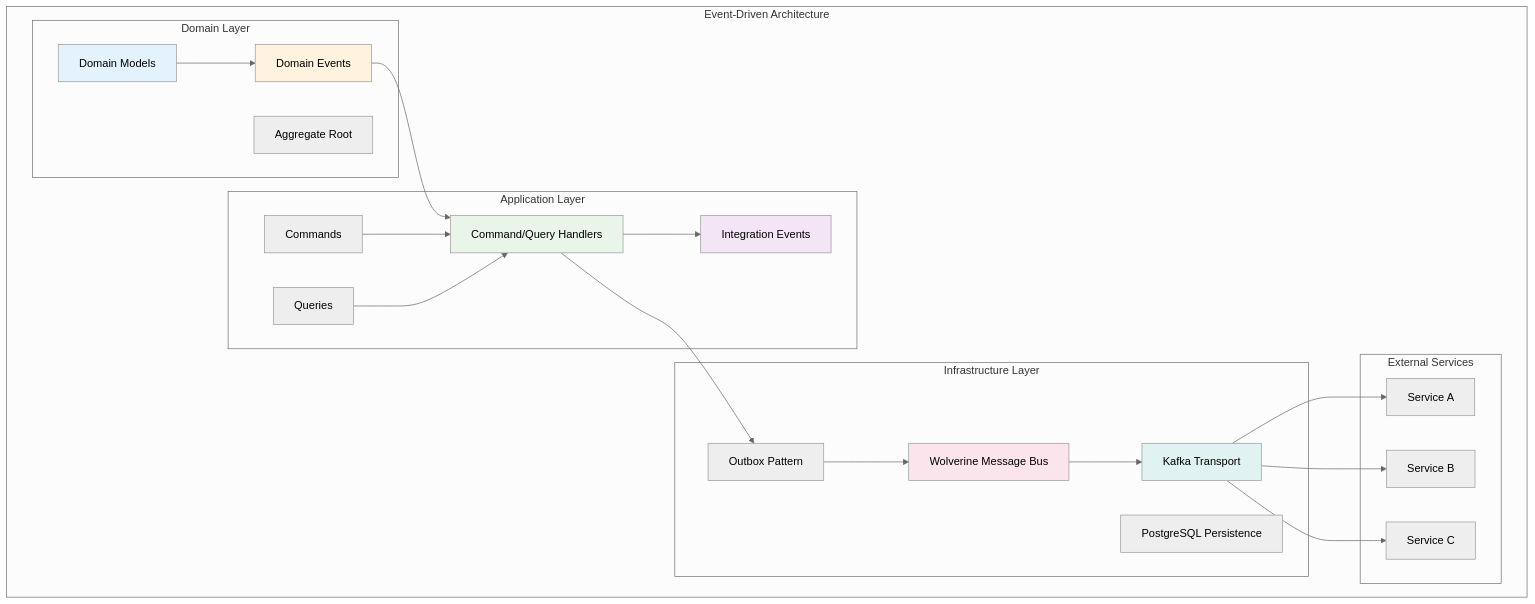
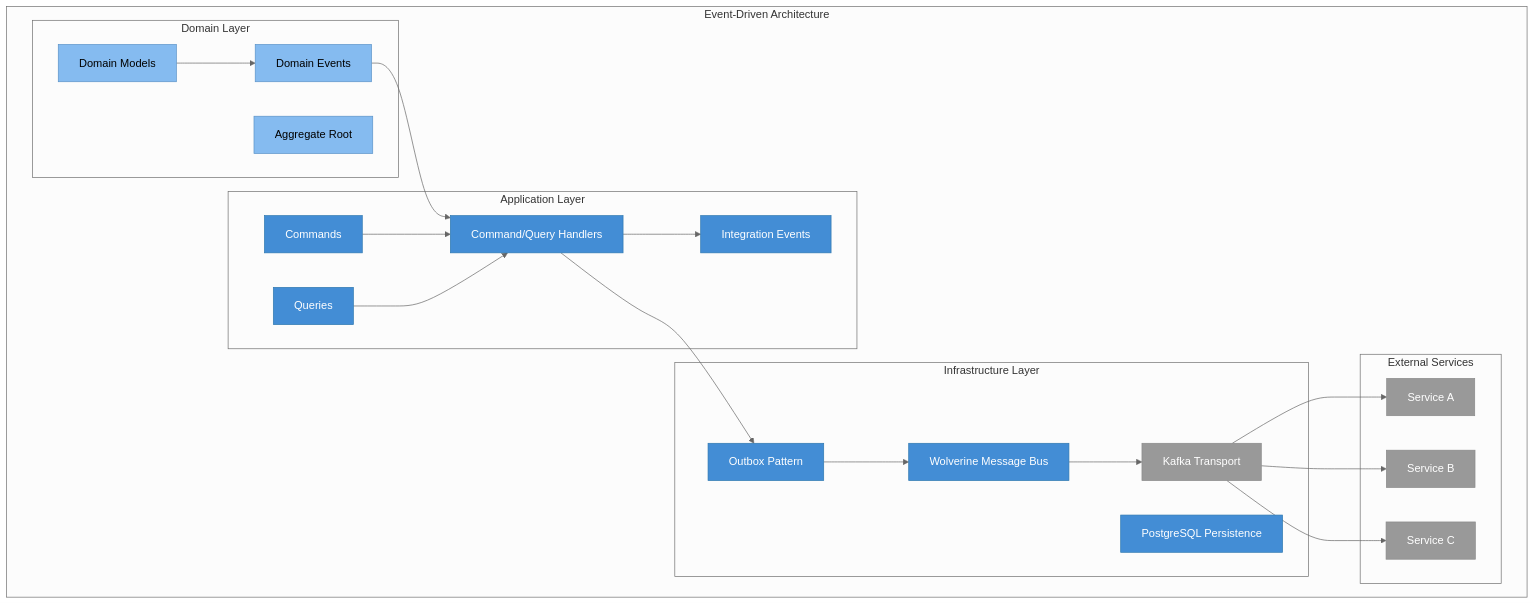
One commit to vgmello/momentum changed the first of 3 diagrams in docs/arch/eda.md. Above: the diagram before and after it, drawn with Mermaid (neutral theme). The commit also changed other lines of this file and 6 other files, not shown here.

First line of the commit message:
Add neo mermaid look and C4-style actor colors to arch diagrams

````diff
--- a/docs/arch/eda.md
+++ b/docs/arch/eda.md
@@ -15,49 +15,50 @@
 ```mermaid
 graph TB
     subgraph "Event-Driven Architecture"
         subgraph "Domain Layer"
             DOMAIN[Domain Models]
             DOMAIN_EVENTS[Domain Events]
             AGGREGATE[Aggregate Root]
         end
 
         subgraph "Application Layer"
             COMMANDS[Commands]
             QUERIES[Queries]
             HANDLERS[Command/Query Handlers]
             INTEGRATION[Integration Events]
         end
 
         subgraph "Infrastructure Layer"
             WOLVERINE[Wolverine Message Bus]
             KAFKA[Kafka Transport]
             POSTGRES[PostgreSQL Persistence]
             OUTBOX[Outbox Pattern]
         end
 
         subgraph "External Services"
             SERVICE_A[Service A]
             SERVICE_B[Service B]
             SERVICE_C[Service C]
         end
     end
 
     DOMAIN --> DOMAIN_EVENTS
     DOMAIN_EVENTS --> HANDLERS
     COMMANDS --> HANDLERS
     QUERIES --> HANDLERS
     HANDLERS --> INTEGRATION
     HANDLERS --> OUTBOX
     OUTBOX --> WOLVERINE
     WOLVERINE --> KAFKA
     KAFKA --> SERVICE_A
     KAFKA --> SERVICE_B
     KAFKA --> SERVICE_C
 
-    style DOMAIN fill:#e3f2fd
-    style DOMAIN_EVENTS fill:#fff3e0
-    style HANDLERS fill:#e8f5e8
-    style INTEGRATION fill:#f3e5f5
-    style WOLVERINE fill:#fce4ec
-    style KAFKA fill:#e0f2f1
+    classDef container fill:#438dd5,stroke:#3079b0,color:#ffffff
+    classDef component fill:#85bbf0,stroke:#5b93c8,color:#000000
+    classDef external fill:#999999,stroke:#8a8a8a,color:#ffffff
+
+    class COMMANDS,QUERIES,HANDLERS,INTEGRATION,WOLVERINE,POSTGRES,OUTBOX container
+    class DOMAIN,DOMAIN_EVENTS,AGGREGATE component
+    class KAFKA,SERVICE_A,SERVICE_B,SERVICE_C external
 ```
````
